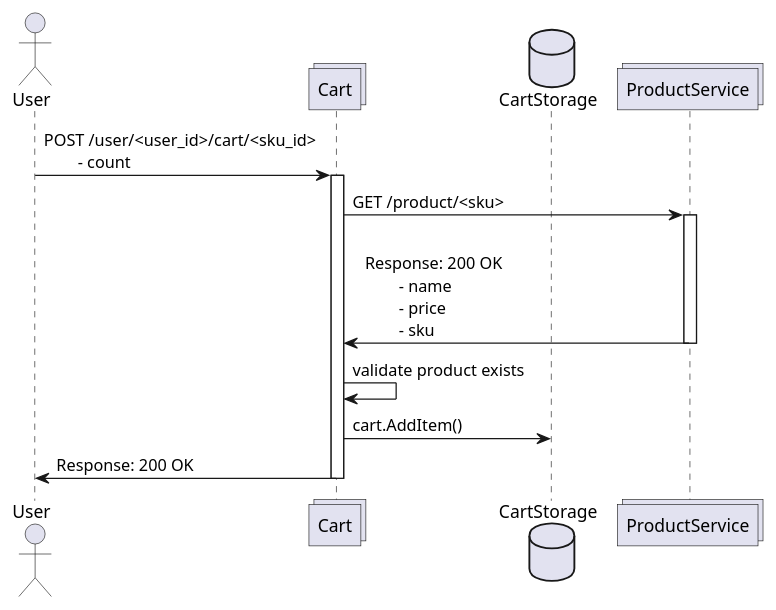
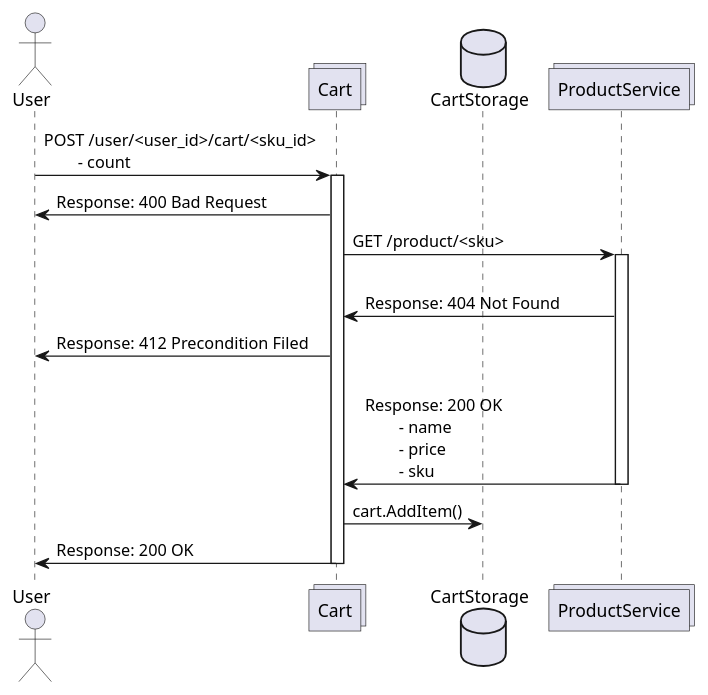
One commit to DimaSidorenko/logistics-platform changed the diagram in docs/homework-1/img/cart-cart-item-add.plantuml. Above: the diagram before and after it, drawn with PlantUML. The commit also changed 3 other files, not shown here.

```diff
--- a/docs/homework-1/img/cart-cart-item-add.plantuml
+++ b/docs/homework-1/img/cart-cart-item-add.plantuml
@@ -1,21 +1,23 @@
 @startuml
-
 actor User as u
 collections Cart as c
 database CartStorage as cs
 collections ProductService as p
 
 u -> c : POST /user/<user_id>/cart/<sku_id>\n\t- count
 activate c
 
+c -> u : Response: 400 Bad Request 
+
 c -> p : GET /product/<sku>
 activate p
+  p -> c : \nResponse: 404 Not Found
+  c -> u : Response: 412 Precondition Filed
+
+
   p -> c : \nResponse: 200 OK\n\t- name\n\t- price\n\t- sku
 deactivate p
-c -> c : validate product exists
 c -> cs : cart.AddItem()
 c -> u : Response: 200 OK
-
 deactivate c
-
 @enduml
```
